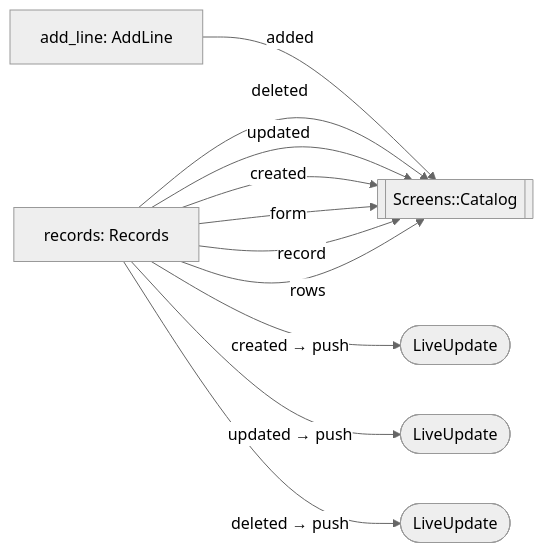
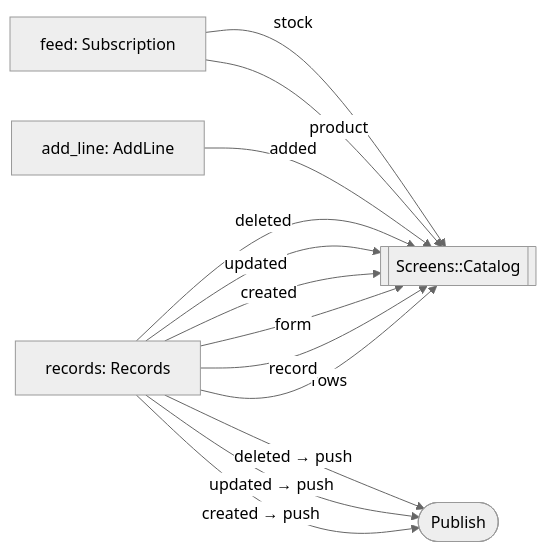
Before and after one commit to modellurgist/ala_variants_ruby: the diagram in v05-shared-feature/docs/diagrams/catalog.md, drawn with Mermaid (neutral theme). The commit also changed 592 other files, not shown here.

````diff
--- a/v05-shared-feature/docs/diagrams/catalog.md
+++ b/v05-shared-feature/docs/diagrams/catalog.md
@@ -3,16 +3,19 @@
 ```mermaid
 flowchart LR
   screen[[Screens::Catalog]]
   records[records: Records]
   add_line[add_line: AddLine]
+  feed[feed: Subscription]
   records -- rows --> screen
   records -- record --> screen
   records -- form --> screen
   records -- created --> screen
   records -- updated --> screen
   records -- deleted --> screen
-  records -- created → push --> liveupdate_8024([LiveUpdate])
-  records -- updated → push --> liveupdate_8032([LiveUpdate])
-  records -- deleted → push --> liveupdate_8040([LiveUpdate])
+  records -- created → push --> publish_1([Publish])
+  records -- updated → push --> publish_1([Publish])
+  records -- deleted → push --> publish_1([Publish])
   add_line -- added --> screen
+  feed -- product --> screen
+  feed -- stock --> screen
 ```
````
